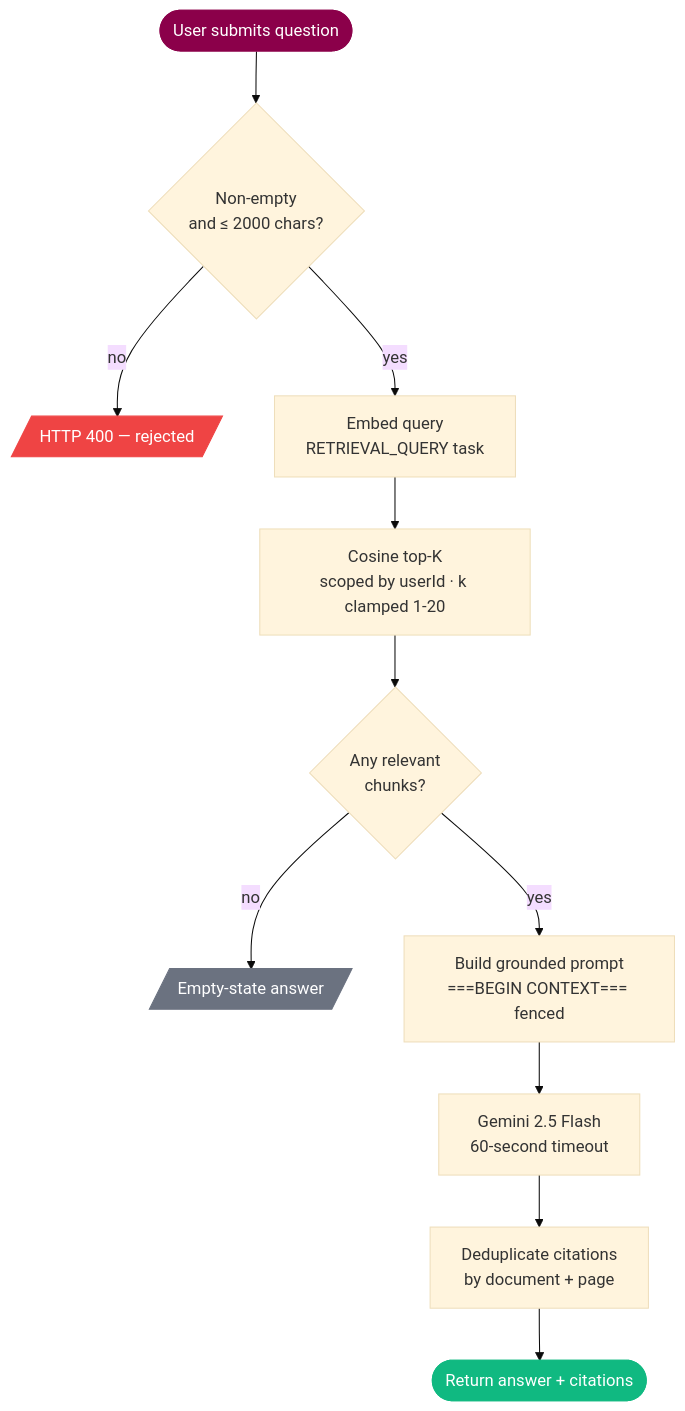
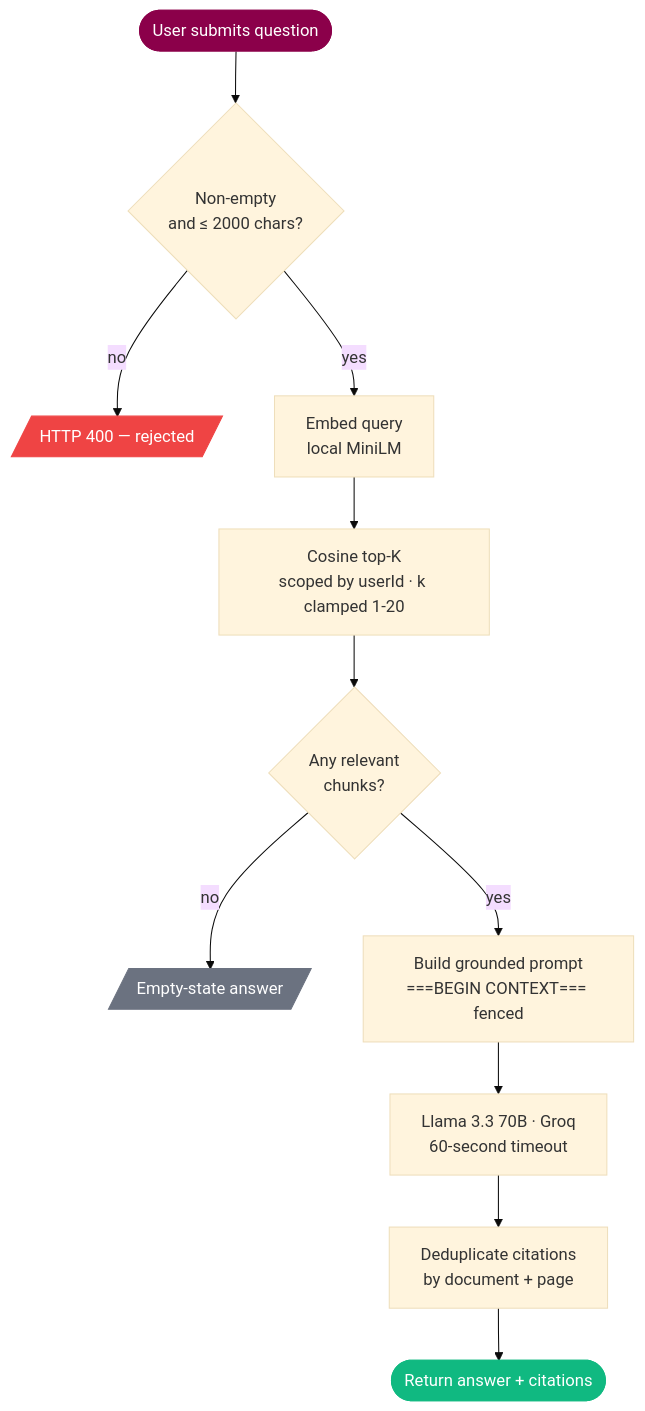
The third of 3 diagrams in README.md (ADiTyaRaj8969/AsksDocs), drawn with Mermaid (base theme) before and after one commit. The commit also changed other lines of this file, not shown here.

Commit message:
docs: update README to reflect Groq + local MiniLM stack

````diff
--- a/README.md
+++ b/README.md
@@ -111,18 +111,18 @@
 ```mermaid
 flowchart TD
   A([User submits question]) --> B{Non-empty<br/>and ≤ 2000 chars?}
   B -- no --> X[/HTTP 400 — rejected/]
-  B -- yes --> C[Embed query<br/>RETRIEVAL_QUERY task]
+  B -- yes --> C[Embed query<br/>local MiniLM]
   C --> D[Cosine top-K<br/>scoped by userId · k clamped 1-20]
   D --> E{Any relevant<br/>chunks?}
   E -- no --> Y[/Empty-state answer/]
   E -- yes --> F[Build grounded prompt<br/>===BEGIN CONTEXT=== fenced]
-  F --> G[Gemini 2.5 Flash<br/>60-second timeout]
+  F --> G[Llama 3.3 70B · Groq<br/>60-second timeout]
   G --> H[Deduplicate citations<br/>by document + page]
   H --> I([Return answer + citations])
 
   style A fill:#8B004A,stroke:#8B004A,color:#fff
   style I fill:#10B981,stroke:#10B981,color:#fff
   style X fill:#EF4444,stroke:#EF4444,color:#fff
   style Y fill:#6B7280,stroke:#6B7280,color:#fff
 ```
````
